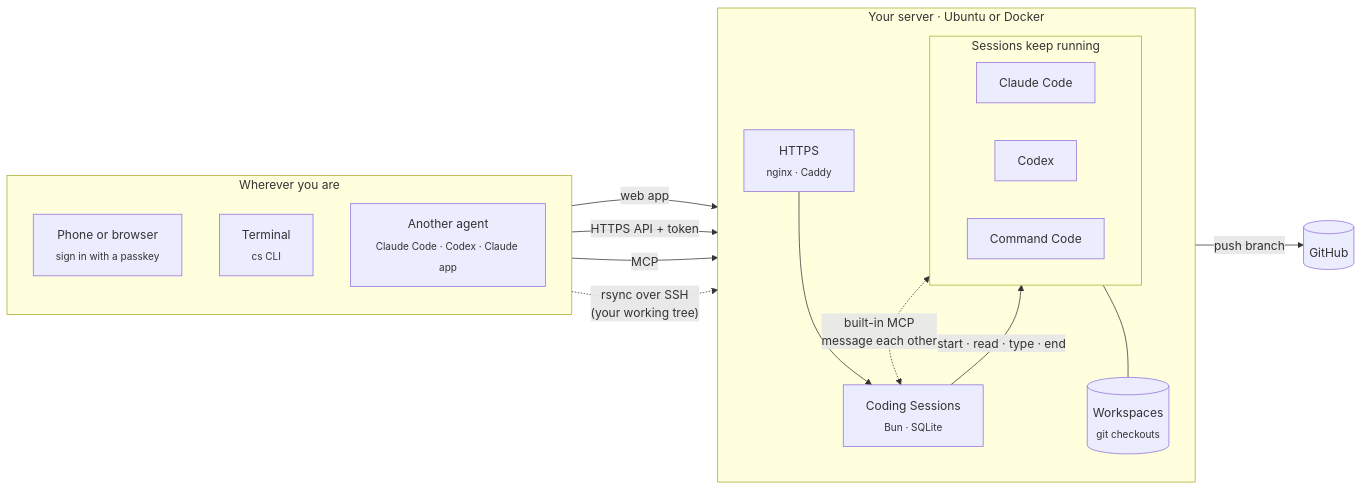
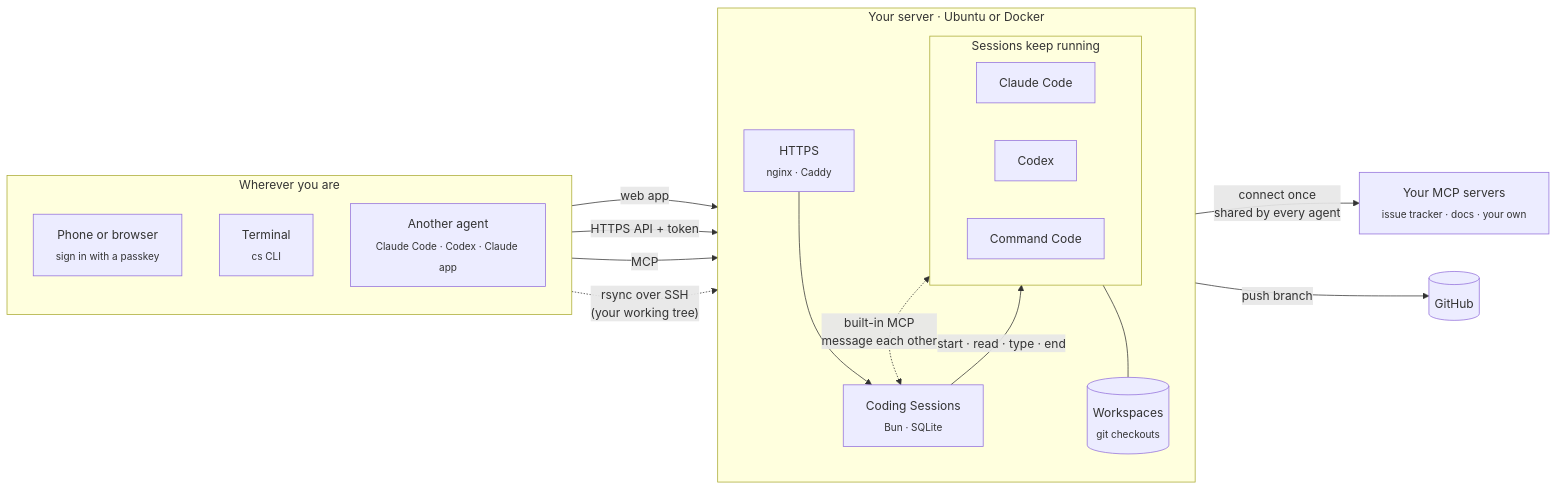
Before and after one commit to MishukAdhikari/coding-sessions: the first of 3 diagrams in README.md, drawn with Mermaid. The commit also changed other lines of this file, not shown here.

First line of the commit message:
docs: show external MCP connectors in the README

````diff
--- a/README.md
+++ b/README.md
@@ -22,34 +22,36 @@
 ```mermaid
 flowchart LR
     subgraph you["Wherever you are"]
         direction TB
         phone["Phone or browser<br/><sub>sign in with a passkey</sub>"]
         cli["Terminal<br/><sub>cs CLI</sub>"]
         agent["Another agent<br/><sub>Claude Code · Codex · Claude app</sub>"]
     end
 
     subgraph server["Your server · Ubuntu or Docker"]
         direction TB
         proxy["HTTPS<br/><sub>nginx · Caddy</sub>"]
         app["Coding Sessions<br/><sub>Bun · SQLite</sub>"]
         subgraph running["Sessions keep running"]
             direction LR
             claude["Claude Code"]
             codex["Codex"]
             cmd["Command Code"]
         end
         ws[("Workspaces<br/><sub>git checkouts</sub>")]
     end
 
     gh[("GitHub")]
+    ext["Your MCP servers<br/><sub>issue tracker · docs · your own</sub>"]
 
     phone -->|web app| proxy
     cli -->|HTTPS API + token| proxy
     agent -->|MCP| proxy
     cli -. "rsync over SSH<br/>(your working tree)" .-> ws
     proxy --> app
     app -->|"start · read · type · end"| running
     running <-.->|"built-in MCP<br/>message each other"| app
     running --- ws
+    app -->|"connect once<br/>shared by every agent"| ext
     running -->|push branch| gh
 ```
````
